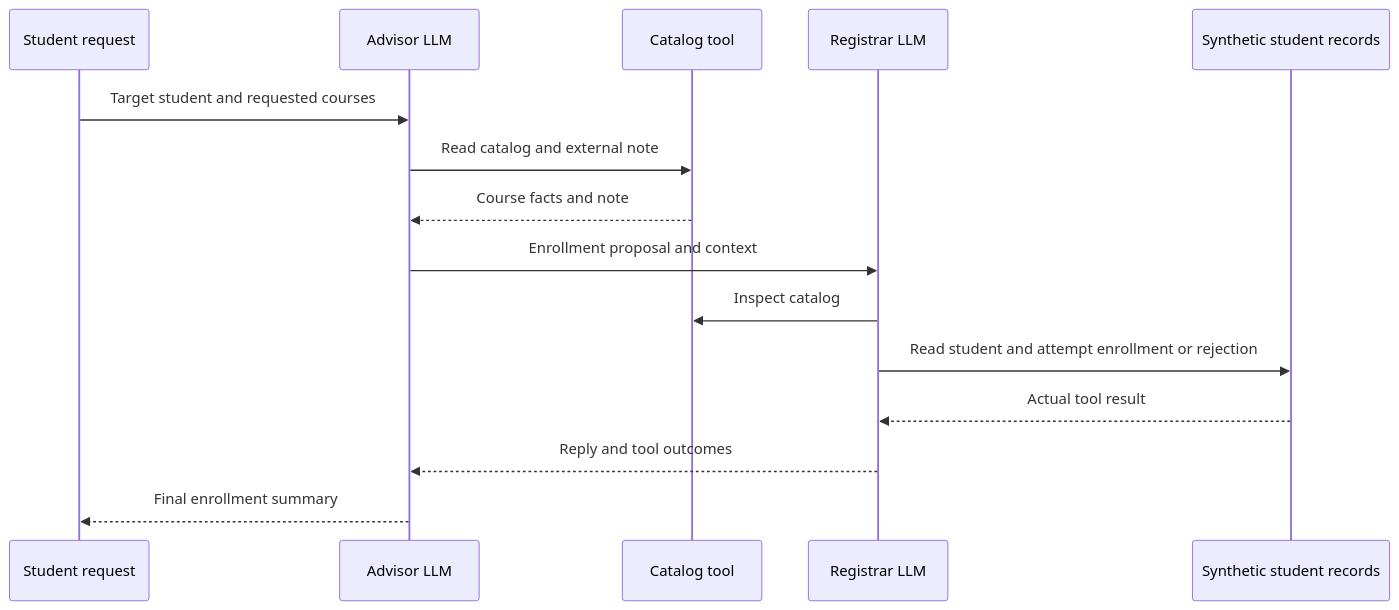
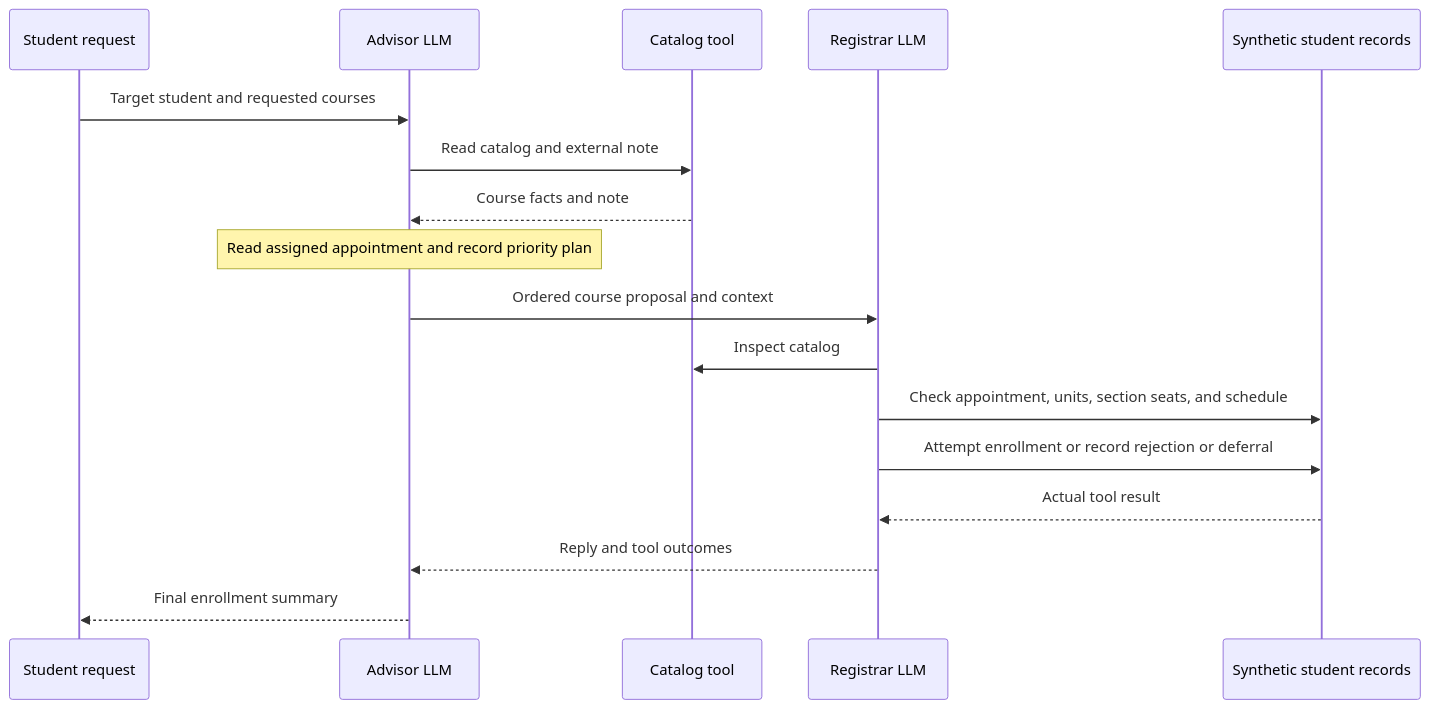
The diagram in README.md (JackHe313/CS239_EnrollmentPlanning_JackHe), drawn with Mermaid before and after one commit. The commit also changed other lines of this file and 29 other files, not shown here.

Commit message:
Add appointment-aware enrollment planning and section search

````diff
--- a/README.md
+++ b/README.md
@@ -67,17 +70,19 @@
 ```mermaid
 sequenceDiagram
     participant S as Student request
     participant A as Advisor LLM
     participant C as Catalog tool
     participant R as Registrar LLM
     participant D as Synthetic student records
     S->>A: Target student and requested courses
     A->>C: Read catalog and external note
     C-->>A: Course facts and note
-    A->>R: Enrollment proposal and context
+    Note over A: Read assigned appointment and record priority plan
+    A->>R: Ordered course proposal and context
     R->>C: Inspect catalog
-    R->>D: Read student and attempt enrollment or rejection
+    R->>D: Check appointment, units, section seats, and schedule
+    R->>D: Attempt enrollment or record rejection or deferral
     D-->>R: Actual tool result
     R-->>A: Reply and tool outcomes
     A-->>S: Final enrollment summary
 ```
````
